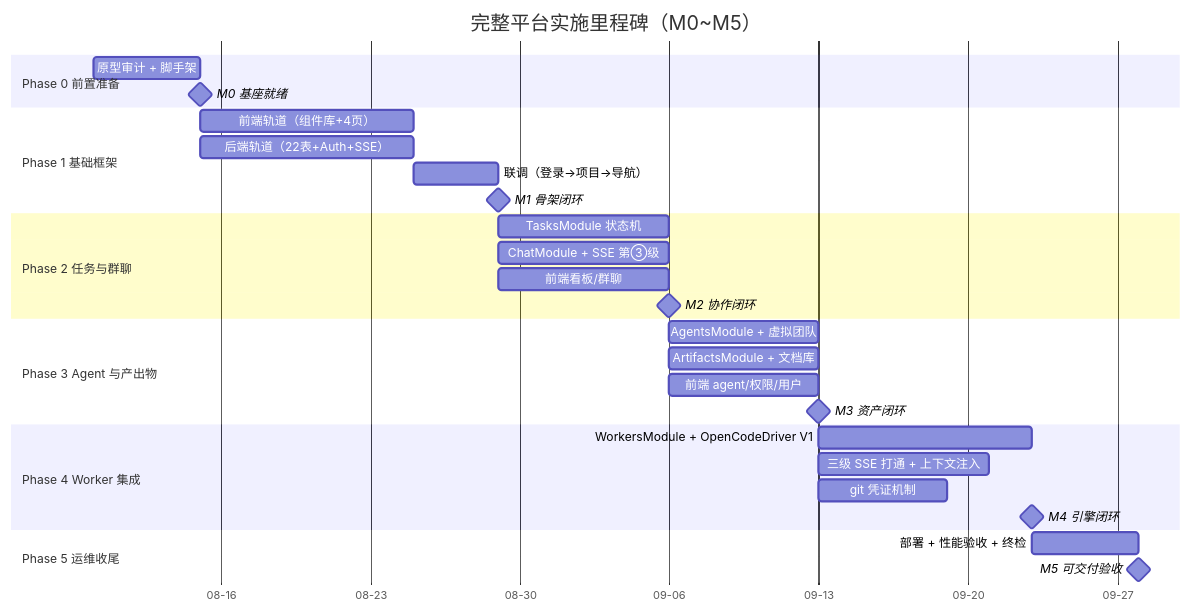
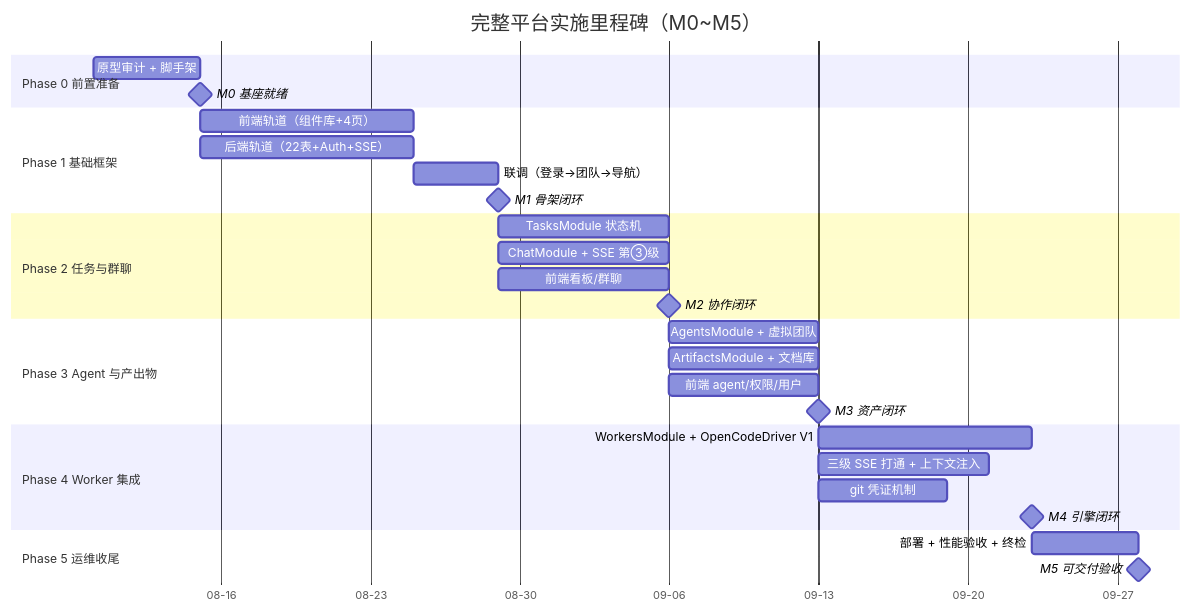
The second of 2 diagrams in docs/agent-platform/18-推进计划（分阶段实施）.md (guolong123/vteam), drawn with Mermaid before and after one commit. The commit also changed other lines of this file and 169 other files, not shown here.

````diff
--- a/docs/agent-platform/18-推进计划（分阶段实施）.md
+++ b/docs/agent-platform/18-推进计划（分阶段实施）.md
@@ -593,38 +593,38 @@
 ```mermaid
 gantt
     title 完整平台实施里程碑（M0~M5）
     dateFormat  YYYY-MM-DD
     axisFormat  %m-%d
 
     section Phase 0 前置准备
     原型审计 + 脚手架            :a0, 2026-08-10, 5d
     M0 基座就绪                  :milestone, m0, after a0, 0d
 
     section Phase 1 基础框架
     前端轨道（组件库+4页）        :a1f, after m0, 10d
     后端轨道（22表+Auth+SSE）     :a1b, after m0, 10d
-    联调（登录→项目→导航）        :a1m, after a1f a1b, 4d
+    联调（登录→团队→导航）        :a1m, after a1f a1b, 4d
     M1 骨架闭环                  :milestone, m1, after a1m, 0d
 
     section Phase 2 任务与群聊
     TasksModule 状态机           :a2t, after m1, 8d
     ChatModule + SSE 第③级       :a2c, after m1, 8d
     前端看板/群聊                 :a2f, after m1, 8d
     M2 协作闭环                  :milestone, m2, after a2t a2c a2f, 0d
 
     section Phase 3 Agent 与产出物
     AgentsModule + 虚拟团队       :a3a, after m2, 7d
     ArtifactsModule + 文档库      :a3r, after m2, 7d
     前端 agent/权限/用户           :a3f, after m2, 7d
     M3 资产闭环                  :milestone, m3, after a3a a3r a3f, 0d
 
     section Phase 4 Worker 集成
     WorkersModule + OpenCodeDriver V1 :a4w, after m3, 10d
     三级 SSE 打通 + 上下文注入      :a4s, after m3, 8d
     git 凭证机制                 :a4g, after m3, 6d
     M4 引擎闭环                  :milestone, m4, after a4w a4s a4g, 0d
 
     section Phase 5 运维收尾
     部署 + 性能验收 + 终检         :a5, after m4, 5d
     M5 可交付验收                :milestone, m5, after a5, 0d
 ```
````
